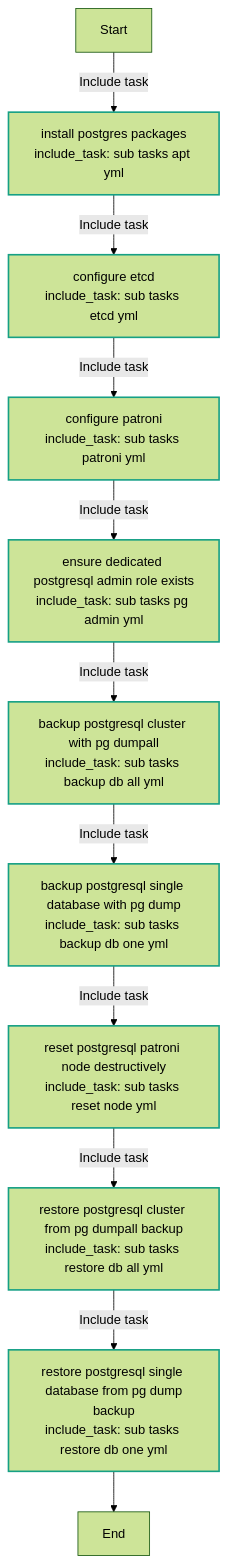
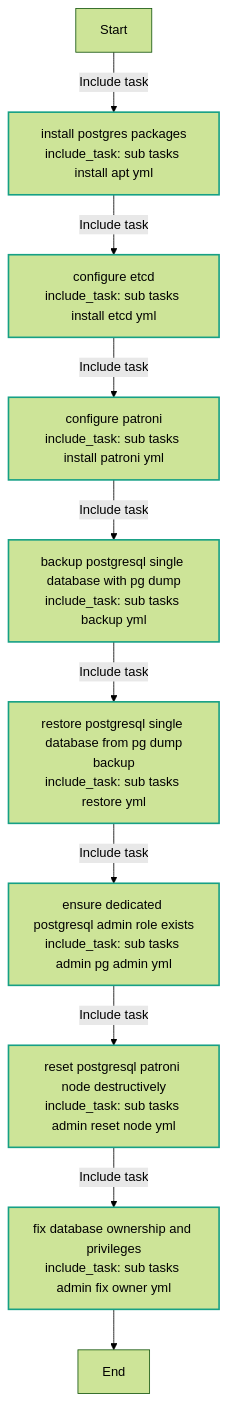
The first of 9 diagrams in ansible/roles/postgres/README.md (Lebowski89/homelab), drawn with Mermaid (forest theme) before and after one commit. The commit also changed other lines of this file, not shown here.

Commit message:
docs(ansible): regenerate role docs

````diff
--- a/ansible/roles/postgres/README.md
+++ b/ansible/roles/postgres/README.md
@@ -238,23 +213,22 @@
 ```mermaid
 flowchart TD
 Start
 classDef block stroke:#3498db,stroke-width:2px;
 classDef task stroke:#4b76bb,stroke-width:2px;
 classDef includeTasks stroke:#16a085,stroke-width:2px;
 classDef importTasks stroke:#34495e,stroke-width:2px;
 classDef includeRole stroke:#2980b9,stroke-width:2px;
 classDef importRole stroke:#699ba7,stroke-width:2px;
 classDef includeVars stroke:#8e44ad,stroke-width:2px;
 classDef rescue stroke:#665352,stroke-width:2px;
 
-  Start-->|Include task| Install_postgres_packages_sub_tasks_apt_yml_0[install postgres packages<br>include_task: sub tasks apt yml]:::includeTasks
-  Install_postgres_packages_sub_tasks_apt_yml_0-->|Include task| Configure_etcd_sub_tasks_etcd_yml_1[configure etcd<br>include_task: sub tasks etcd yml]:::includeTasks
-  Configure_etcd_sub_tasks_etcd_yml_1-->|Include task| Configure_Patroni_sub_tasks_patroni_yml_2[configure patroni<br>include_task: sub tasks patroni yml]:::includeTasks
-  Configure_Patroni_sub_tasks_patroni_yml_2-->|Include task| Ensure_dedicated_PostgreSQL_admin_role_exists_sub_tasks_pg_admin_yml_3[ensure dedicated postgresql admin role exists<br>include_task: sub tasks pg admin yml]:::includeTasks
-  Ensure_dedicated_PostgreSQL_admin_role_exists_sub_tasks_pg_admin_yml_3-->|Include task| Backup_PostgreSQL_cluster_with_pg_dumpall_sub_tasks_backup_db_all_yml_4[backup postgresql cluster with pg dumpall<br>include_task: sub tasks backup db all yml]:::includeTasks
-  Backup_PostgreSQL_cluster_with_pg_dumpall_sub_tasks_backup_db_all_yml_4-->|Include task| Backup_PostgreSQL_single_database_with_pg_dump_sub_tasks_backup_db_one_yml_5[backup postgresql single database with pg dump<br>include_task: sub tasks backup db one yml]:::includeTasks
-  Backup_PostgreSQL_single_database_with_pg_dump_sub_tasks_backup_db_one_yml_5-->|Include task| Reset_PostgreSQL_Patroni_node_destructively_sub_tasks_reset_node_yml_6[reset postgresql patroni node destructively<br>include_task: sub tasks reset node yml]:::includeTasks
-  Reset_PostgreSQL_Patroni_node_destructively_sub_tasks_reset_node_yml_6-->|Include task| Restore_PostgreSQL_cluster_from_pg_dumpall_backup_sub_tasks_restore_db_all_yml_7[restore postgresql cluster from pg dumpall backup<br>include_task: sub tasks restore db all yml]:::includeTasks
-  Restore_PostgreSQL_cluster_from_pg_dumpall_backup_sub_tasks_restore_db_all_yml_7-->|Include task| Restore_PostgreSQL_single_database_from_pg_dump_backup_sub_tasks_restore_db_one_yml_8[restore postgresql single database from pg dump<br>backup<br>include_task: sub tasks restore db one yml]:::includeTasks
-  Restore_PostgreSQL_single_database_from_pg_dump_backup_sub_tasks_restore_db_one_yml_8-->End
+  Start-->|Include task| Install_postgres_packages_sub_tasks_install_apt_yml_0[install postgres packages<br>include_task: sub tasks install apt yml]:::includeTasks
+  Install_postgres_packages_sub_tasks_install_apt_yml_0-->|Include task| Configure_etcd_sub_tasks_install_etcd_yml_1[configure etcd<br>include_task: sub tasks install etcd yml]:::includeTasks
+  Configure_etcd_sub_tasks_install_etcd_yml_1-->|Include task| Configure_Patroni_sub_tasks_install_patroni_yml_2[configure patroni<br>include_task: sub tasks install patroni yml]:::includeTasks
+  Configure_Patroni_sub_tasks_install_patroni_yml_2-->|Include task| Backup_PostgreSQL_single_database_with_pg_dump_sub_tasks_backup_yml_3[backup postgresql single database with pg dump<br>include_task: sub tasks backup yml]:::includeTasks
+  Backup_PostgreSQL_single_database_with_pg_dump_sub_tasks_backup_yml_3-->|Include task| Restore_PostgreSQL_single_database_from_pg_dump_backup_sub_tasks_restore_yml_4[restore postgresql single database from pg dump<br>backup<br>include_task: sub tasks restore yml]:::includeTasks
+  Restore_PostgreSQL_single_database_from_pg_dump_backup_sub_tasks_restore_yml_4-->|Include task| Ensure_dedicated_PostgreSQL_admin_role_exists_sub_tasks_admin_pg_admin_yml_5[ensure dedicated postgresql admin role exists<br>include_task: sub tasks admin pg admin yml]:::includeTasks
+  Ensure_dedicated_PostgreSQL_admin_role_exists_sub_tasks_admin_pg_admin_yml_5-->|Include task| Reset_PostgreSQL_Patroni_node_destructively_sub_tasks_admin_reset_node_yml_6[reset postgresql patroni node destructively<br>include_task: sub tasks admin reset node yml]:::includeTasks
+  Reset_PostgreSQL_Patroni_node_destructively_sub_tasks_admin_reset_node_yml_6-->|Include task| Fix_database_ownership_and_privileges_sub_tasks_admin_fix_owner_yml_7[fix database ownership and privileges<br>include_task: sub tasks admin fix owner yml]:::includeTasks
+  Fix_database_ownership_and_privileges_sub_tasks_admin_fix_owner_yml_7-->End
 ```
````
